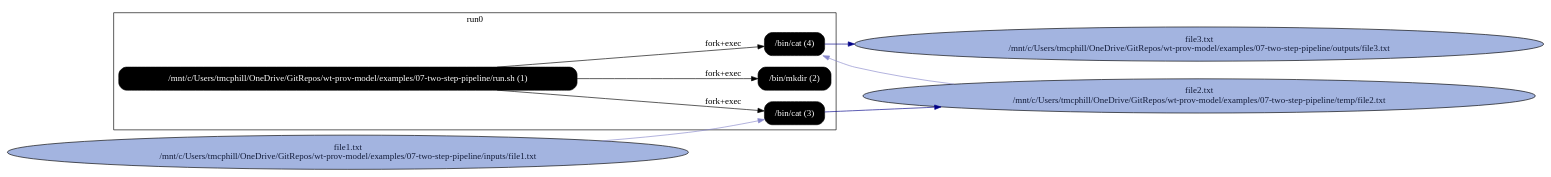
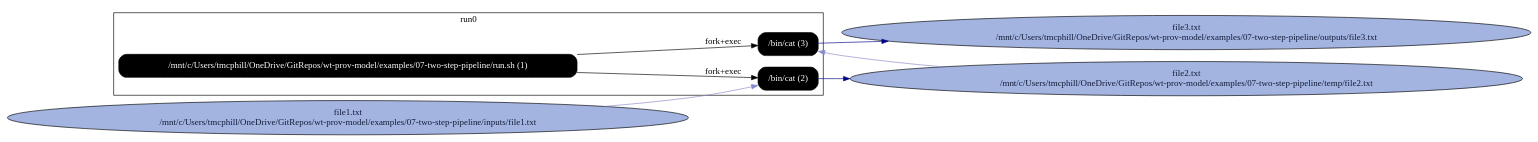
One commit to CIRSS/cpr changed the diagram in examples/07-two-step-pipeline/graphs/rpz_B_processes_with_input_and_output_files.dot. Above: the diagram before and after it, drawn with Graphviz. The commit also changed 30 other files, not shown here.

Commit message:
Start adding second WT graph

```diff
--- a/examples/07-two-step-pipeline/graphs/rpz_B_processes_with_input_and_output_files.dot
+++ b/examples/07-two-step-pipeline/graphs/rpz_B_processes_with_input_and_output_files.dot
@@ -1,28 +1,26 @@
 digraph G {
     rankdir=LR;
 
     /* programs */
     node [shape=box fontcolor=white fillcolor=black style="filled,rounded"];
     subgraph cluster_run0 {
         label="run0";
         prog0 [label="/mnt/c/Users/tmcphill/OneDrive/GitRepos/wt-prov-model/examples/07-two-step-pipeline/run.sh (1)"];
-        prog1 [label="/bin/mkdir (2)"];
+        prog1 [label="/bin/cat (2)"];
         prog0 -> prog1 [label="fork+exec"];
         prog2 [label="/bin/cat (3)"];
         prog0 -> prog2 [label="fork+exec"];
-        prog3 [label="/bin/cat (4)"];
-        prog0 -> prog3 [label="fork+exec"];
     }
 
     node [shape=ellipse fontcolor="#131C39" fillcolor="#C9D2ED"];
 
     /* other files */
     "/mnt/c/Users/tmcphill/OneDrive/GitRepos/wt-prov-model/examples/07-two-step-pipeline/inputs/file1.txt" [fillcolor="#A3B4E0", label="file1.txt\n/mnt/c/Users/tmcphill/OneDrive/GitRepos/wt-prov-model/examples/07-two-step-pipeline/inputs/file1.txt"];
     "/mnt/c/Users/tmcphill/OneDrive/GitRepos/wt-prov-model/examples/07-two-step-pipeline/outputs/file3.txt" [fillcolor="#A3B4E0", label="file3.txt\n/mnt/c/Users/tmcphill/OneDrive/GitRepos/wt-prov-model/examples/07-two-step-pipeline/outputs/file3.txt"];
     "/mnt/c/Users/tmcphill/OneDrive/GitRepos/wt-prov-model/examples/07-two-step-pipeline/temp/file2.txt" [fillcolor="#A3B4E0", label="file2.txt\n/mnt/c/Users/tmcphill/OneDrive/GitRepos/wt-prov-model/examples/07-two-step-pipeline/temp/file2.txt"];
 
-    prog2 -> "/mnt/c/Users/tmcphill/OneDrive/GitRepos/wt-prov-model/examples/07-two-step-pipeline/temp/file2.txt" [color="#000088"];
-    "/mnt/c/Users/tmcphill/OneDrive/GitRepos/wt-prov-model/examples/07-two-step-pipeline/inputs/file1.txt" -> prog2 [color="#8888CC"];
-    prog3 -> "/mnt/c/Users/tmcphill/OneDrive/GitRepos/wt-prov-model/examples/07-two-step-pipeline/outputs/file3.txt" [color="#000088"];
-    "/mnt/c/Users/tmcphill/OneDrive/GitRepos/wt-prov-model/examples/07-two-step-pipeline/temp/file2.txt" -> prog3 [color="#8888CC"];
+    prog1 -> "/mnt/c/Users/tmcphill/OneDrive/GitRepos/wt-prov-model/examples/07-two-step-pipeline/temp/file2.txt" [color="#000088"];
+    "/mnt/c/Users/tmcphill/OneDrive/GitRepos/wt-prov-model/examples/07-two-step-pipeline/inputs/file1.txt" -> prog1 [color="#8888CC"];
+    prog2 -> "/mnt/c/Users/tmcphill/OneDrive/GitRepos/wt-prov-model/examples/07-two-step-pipeline/outputs/file3.txt" [color="#000088"];
+    "/mnt/c/Users/tmcphill/OneDrive/GitRepos/wt-prov-model/examples/07-two-step-pipeline/temp/file2.txt" -> prog2 [color="#8888CC"];
 }
```
